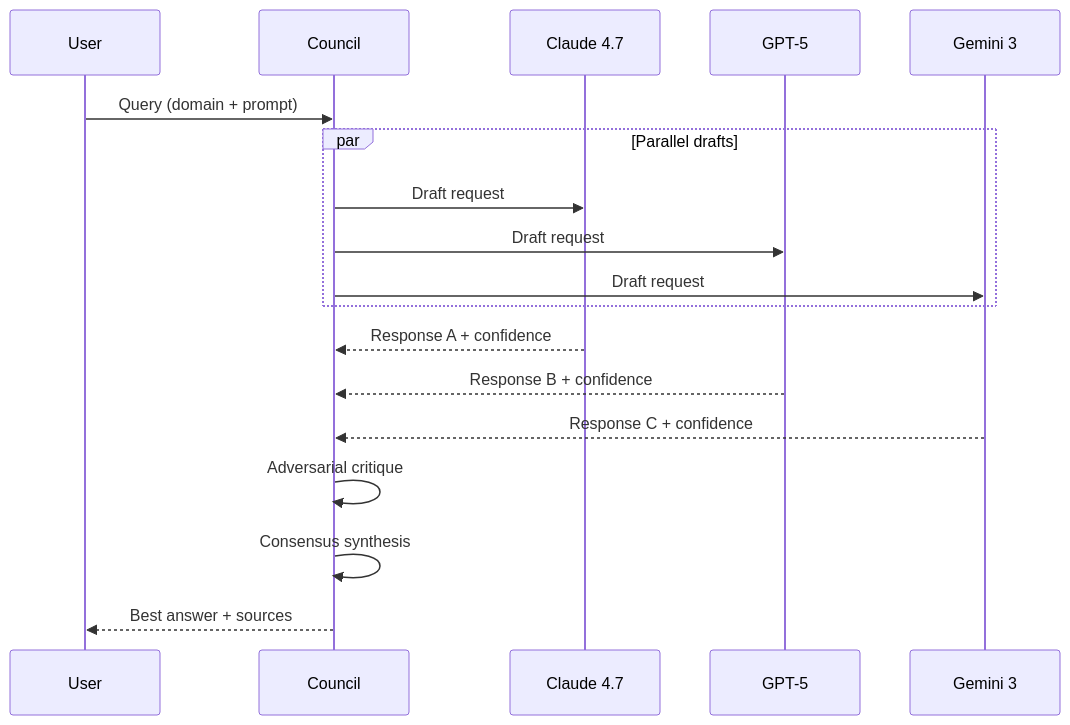
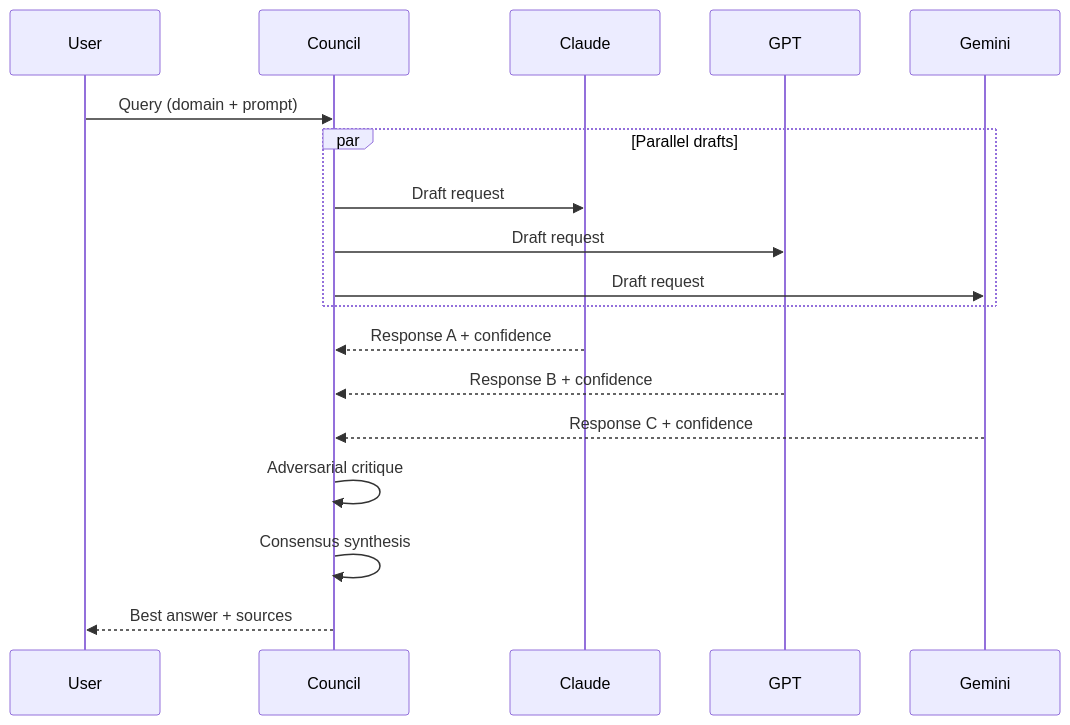
Before and after one commit to No3214/pt: the fourth of 5 diagrams in .claude/skills/mermaid-diagrams/SKILL.md, drawn with Mermaid. The commit also changed other lines of this file and 67 other files, not shown here.

````diff
--- a/.claude/skills/mermaid-diagrams/SKILL.md
+++ b/.claude/skills/mermaid-diagrams/SKILL.md
@@ -64,20 +64,20 @@
 ```mermaid
 sequenceDiagram
     participant U as User
     participant C as Council
-    participant A as Claude 4.7
-    participant G as GPT-5
-    participant M as Gemini 3
+    participant A as Claude
+    participant G as GPT
+    participant M as Gemini
     U->>C: Query (domain + prompt)
     par Parallel drafts
         C->>A: Draft request
         C->>G: Draft request
         C->>M: Draft request
     end
     A-->>C: Response A + confidence
     G-->>C: Response B + confidence
     M-->>C: Response C + confidence
     C->>C: Adversarial critique
     C->>C: Consensus synthesis
     C-->>U: Best answer + sources
 ```
````
